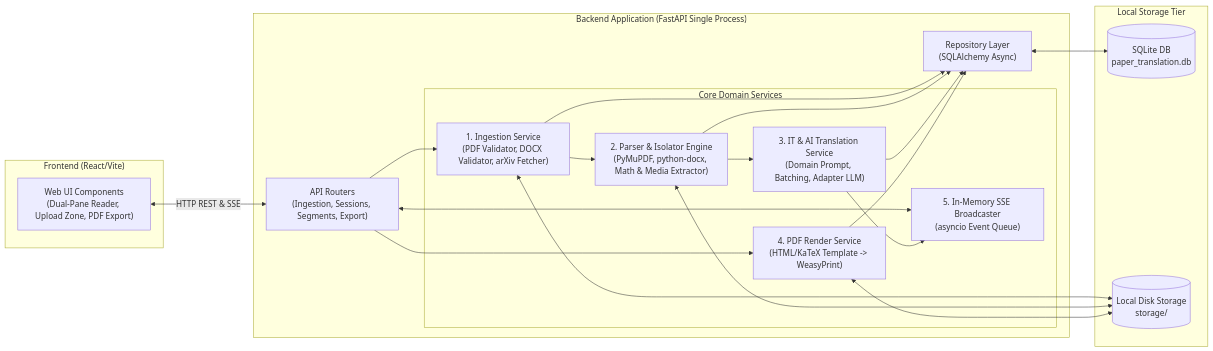
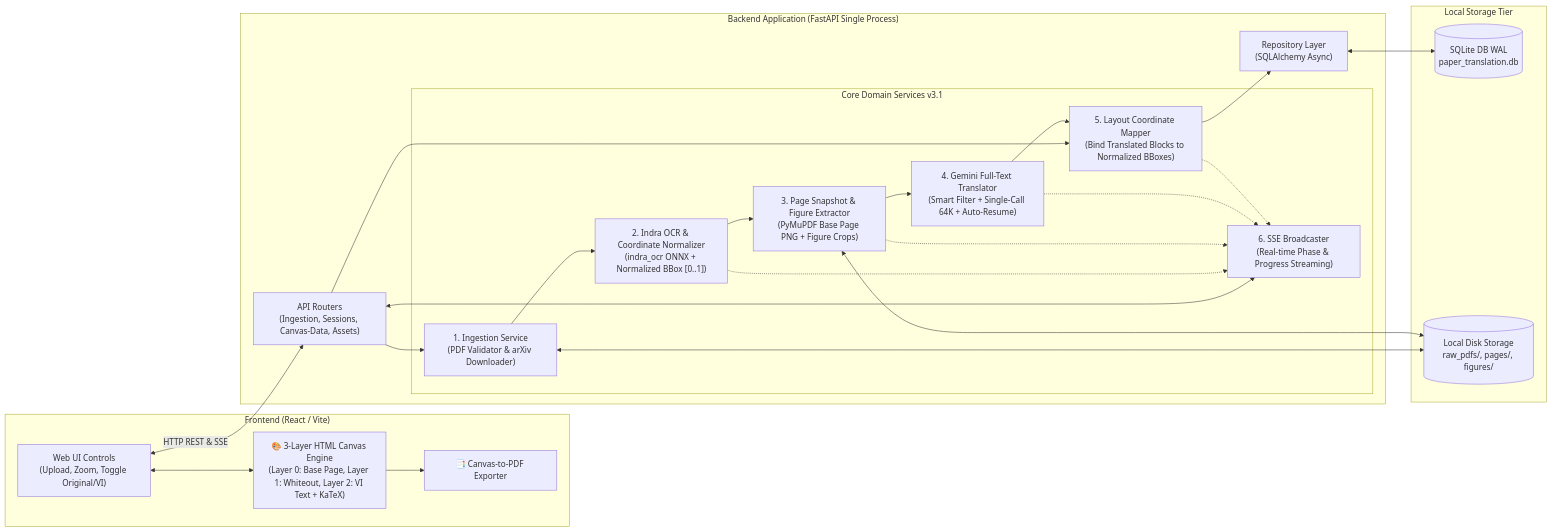
One commit to phamvantienkiz/paper-translation changed the diagram in docs/architecture/03-service-architecture.md. Above: the diagram before and after it, drawn with Mermaid. The commit also changed other lines of this file and 23 other files, not shown here.

````diff
--- a/docs/architecture/03-service-architecture.md
+++ b/docs/architecture/03-service-architecture.md
@@ -15,44 +15,50 @@
 ```mermaid
 flowchart LR
-    subgraph FrontendSPA ["Frontend (React/Vite)"]
-        UI["Web UI Components<br>(Dual-Pane Reader, Upload Zone, PDF Export)"]
+    subgraph FrontendSPA ["Frontend (React / Vite)"]
+        UI["Web UI Controls<br>(Upload, Zoom, Toggle Original/VI)"]
+        CanvasEngine["🎨 3-Layer HTML Canvas Engine<br>(Layer 0: Base Page, Layer 1: Whiteout, Layer 2: VI Text + KaTeX)"]
+        PDFExport["📑 Canvas-to-PDF Exporter"]
+        UI <--> CanvasEngine
+        CanvasEngine --> PDFExport
     end
 
     subgraph BackendApp ["Backend Application (FastAPI Single Process)"]
-        API["API Routers<br>(Ingestion, Sessions, Segments, Export)"]
+        API["API Routers<br>(Ingestion, Sessions, Canvas-Data, Assets)"]
         
-        subgraph CoreServices ["Core Domain Services"]
-            IngestionSvc["1. Ingestion Service<br>(PDF Validator, DOCX Validator, arXiv Fetcher)"]
-            ParserSvc["2. Parser & Isolator Engine<br>(PyMuPDF, python-docx, Math & Media Extractor)"]
-            TranslationSvc["3. IT & AI Translation Service<br>(Domain Prompt, Batching, Adapter LLM)"]
-            ExportSvc["4. PDF Render Service<br>(HTML/KaTeX Template -> WeasyPrint)"]
-            ProgressHub["5. In-Memory SSE Broadcaster<br>(asyncio Event Queue)"]
+        subgraph CoreServices ["Core Domain Services v3.1"]
+            IngestionSvc["1. Ingestion Service<br>(PDF Validator & arXiv Downloader)"]
+            IndraOcrSvc["2. Indra OCR & Coordinate Normalizer<br>(indra_ocr ONNX + Normalized BBox [0..1])"]
+            PageAssetSvc["3. Page Snapshot & Figure Extractor<br>(PyMuPDF Base Page PNG + Figure Crops)"]
+            GeminiTranslator["4. Gemini Full-Text Translator<br>(Smart Filter + Single-Call 64K + Auto-Resume)"]
+            LayoutMapper["5. Layout Coordinate Mapper<br>(Bind Translated Blocks to Normalized BBoxes)"]
+            ProgressHub["6. SSE Broadcaster<br>(Real-time Phase & Progress Streaming)"]
         end
 
         Repo["Repository Layer<br>(SQLAlchemy Async)"]
     end
 
     subgraph LocalState ["Local Storage Tier"]
-        SQLite[(SQLite DB<br>paper_translation.db)]
-        DiskStore[(Local Disk Storage<br>storage/)]
+        SQLite[(SQLite DB WAL<br>paper_translation.db)]
+        DiskStore[(Local Disk Storage<br>raw_pdfs/, pages/, figures/)]
     end
 
     UI <-->|HTTP REST & SSE| API
     API --> IngestionSvc
-    API --> ExportSvc
+    API --> LayoutMapper
     API <--> ProgressHub
 
-    IngestionSvc --> ParserSvc
-    ParserSvc --> TranslationSvc
-    TranslationSvc --> ProgressHub
+    IngestionSvc --> IndraOcrSvc
+    IndraOcrSvc --> PageAssetSvc
+    PageAssetSvc --> GeminiTranslator
+    GeminiTranslator --> LayoutMapper
     
     IngestionSvc <--> DiskStore
-    ParserSvc <--> DiskStore
-    ExportSvc <--> DiskStore
+    PageAssetSvc <--> DiskStore
+    LayoutMapper --> Repo
+    Repo <--> SQLite
     
-    IngestionSvc --> Repo
-    ParserSvc --> Repo
-    TranslationSvc --> Repo
-    ExportSvc --> Repo
-    Repo <--> SQLite
+    IndraOcrSvc -.-> ProgressHub
+    PageAssetSvc -.-> ProgressHub
+    GeminiTranslator -.-> ProgressHub
+    LayoutMapper -.-> ProgressHub
 ```
````
